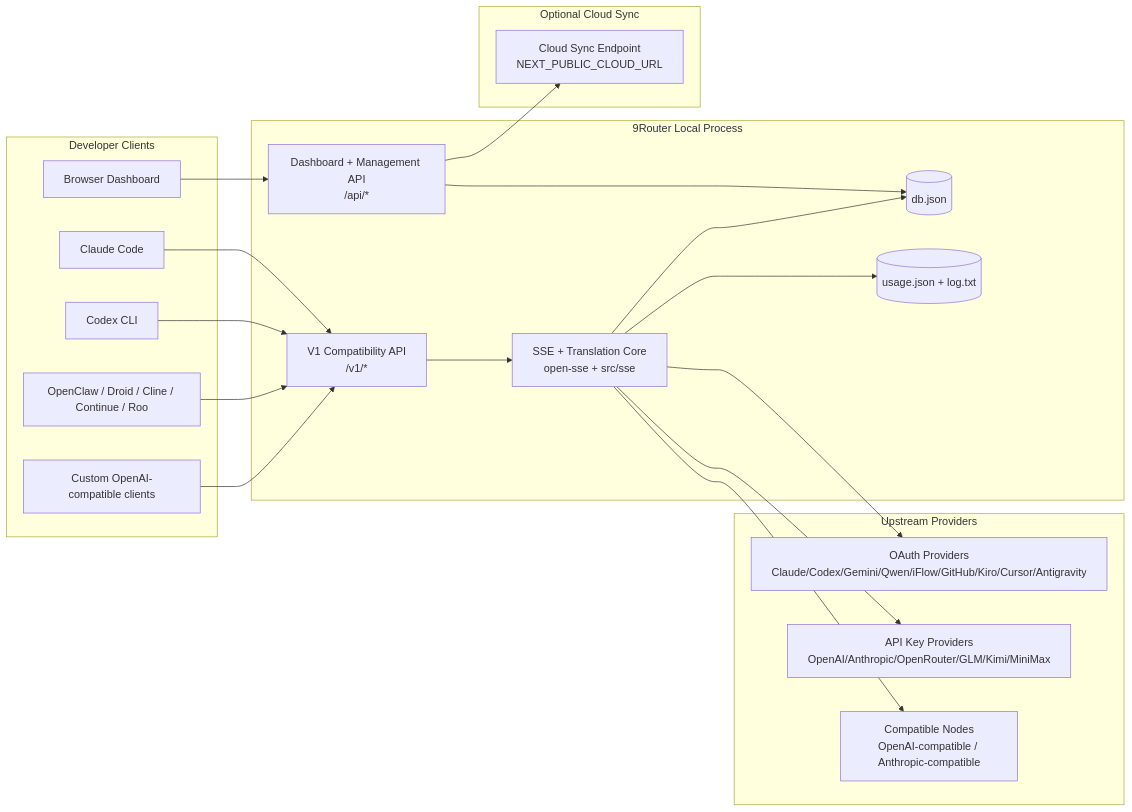
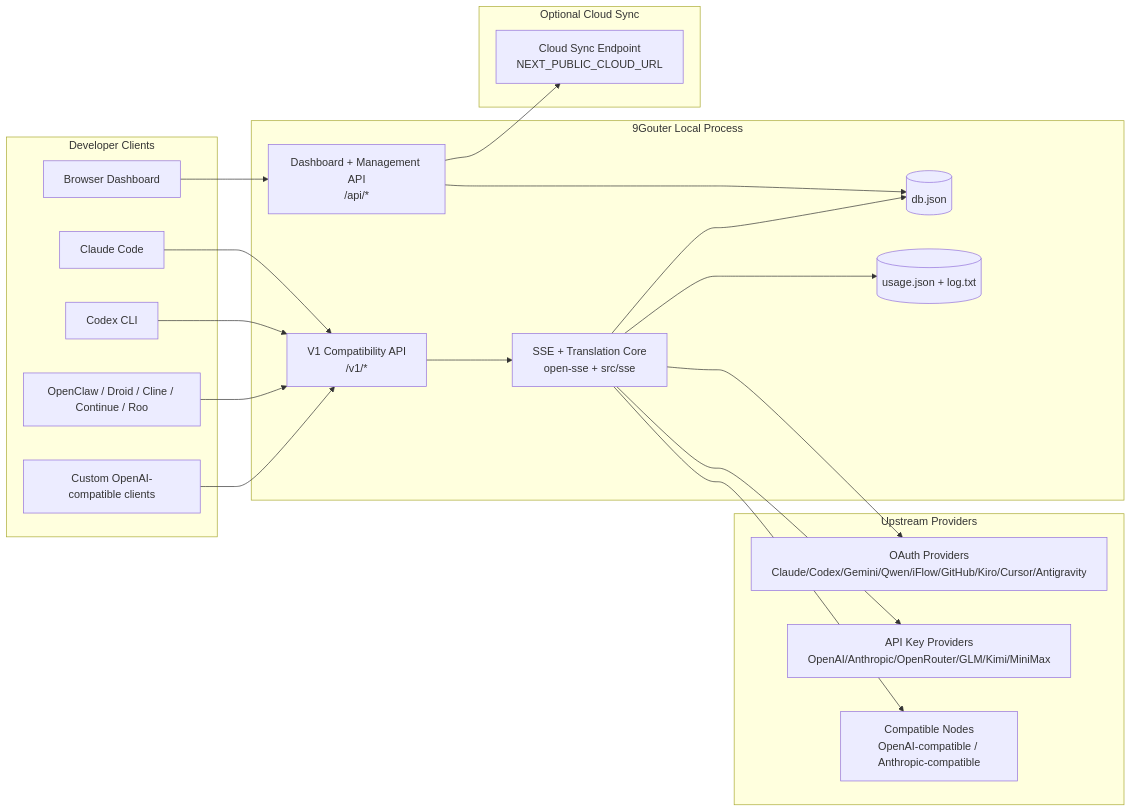
Before and after one commit to Artiffusion-Inc/9gouter: the first of 7 diagrams in docs/ARCHITECTURE.md, drawn with Mermaid. The commit also changed other lines of this file and 25 other files, not shown here.

First line of the commit message:
chore: rebrand 9Router → 9Gouter across all docs, configs, and manifests

````diff
--- a/docs/ARCHITECTURE.md
+++ b/docs/ARCHITECTURE.md
@@ -45,45 +45,45 @@
 ```mermaid
 flowchart LR
     subgraph Clients[Developer Clients]
         C1[Claude Code]
         C2[Codex CLI]
         C3[OpenClaw / Droid / Cline / Continue / Roo]
         C4[Custom OpenAI-compatible clients]
         BROWSER[Browser Dashboard]
     end
 
-    subgraph Router[9Router Local Process]
+    subgraph Router[9Gouter Local Process]
         API[V1 Compatibility API\n/v1/*]
         DASH[Dashboard + Management API\n/api/*]
         CORE[SSE + Translation Core\nopen-sse + src/sse]
         DB[(db.json)]
         UDB[(usage.json + log.txt)]
     end
 
     subgraph Upstreams[Upstream Providers]
         P1[OAuth Providers\nClaude/Codex/Gemini/Qwen/iFlow/GitHub/Kiro/Cursor/Antigravity]
         P2[API Key Providers\nOpenAI/Anthropic/OpenRouter/GLM/Kimi/MiniMax]
         P3[Compatible Nodes\nOpenAI-compatible / Anthropic-compatible]
     end
 
     subgraph Cloud[Optional Cloud Sync]
         CLOUD[Cloud Sync Endpoint\nNEXT_PUBLIC_CLOUD_URL]
     end
 
     C1 --> API
     C2 --> API
     C3 --> API
     C4 --> API
     BROWSER --> DASH
 
     API --> CORE
     DASH --> DB
     CORE --> DB
     CORE --> UDB
 
     CORE --> P1
     CORE --> P2
     CORE --> P3
 
     DASH --> CLOUD
 ```
````
